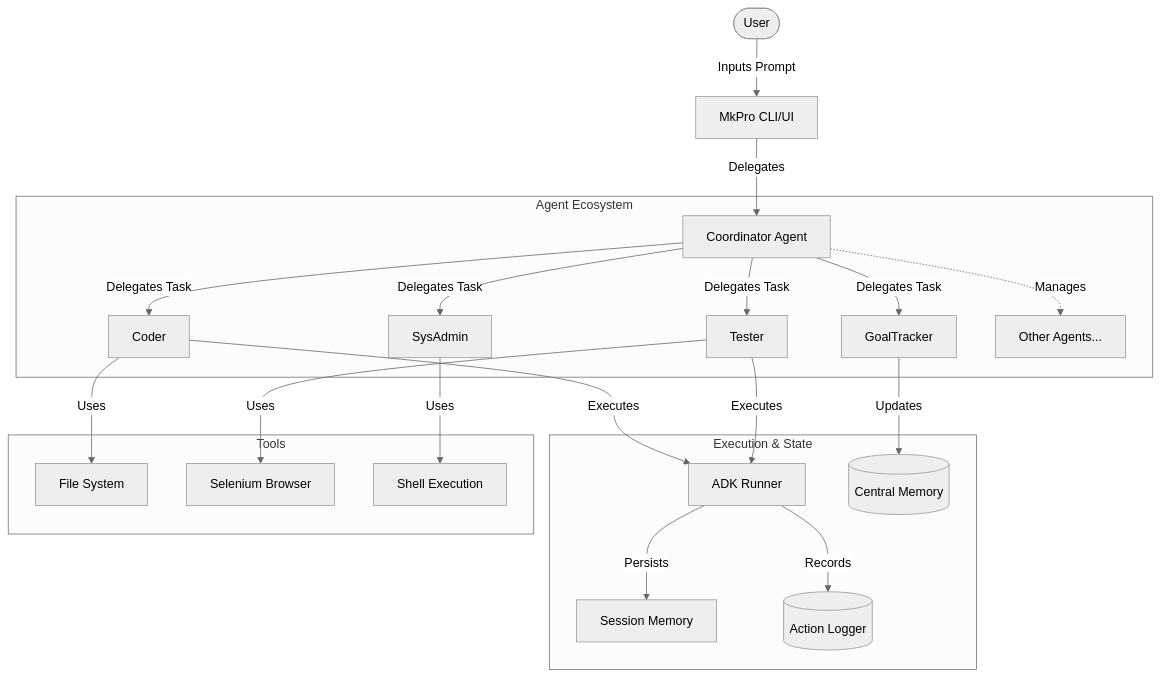
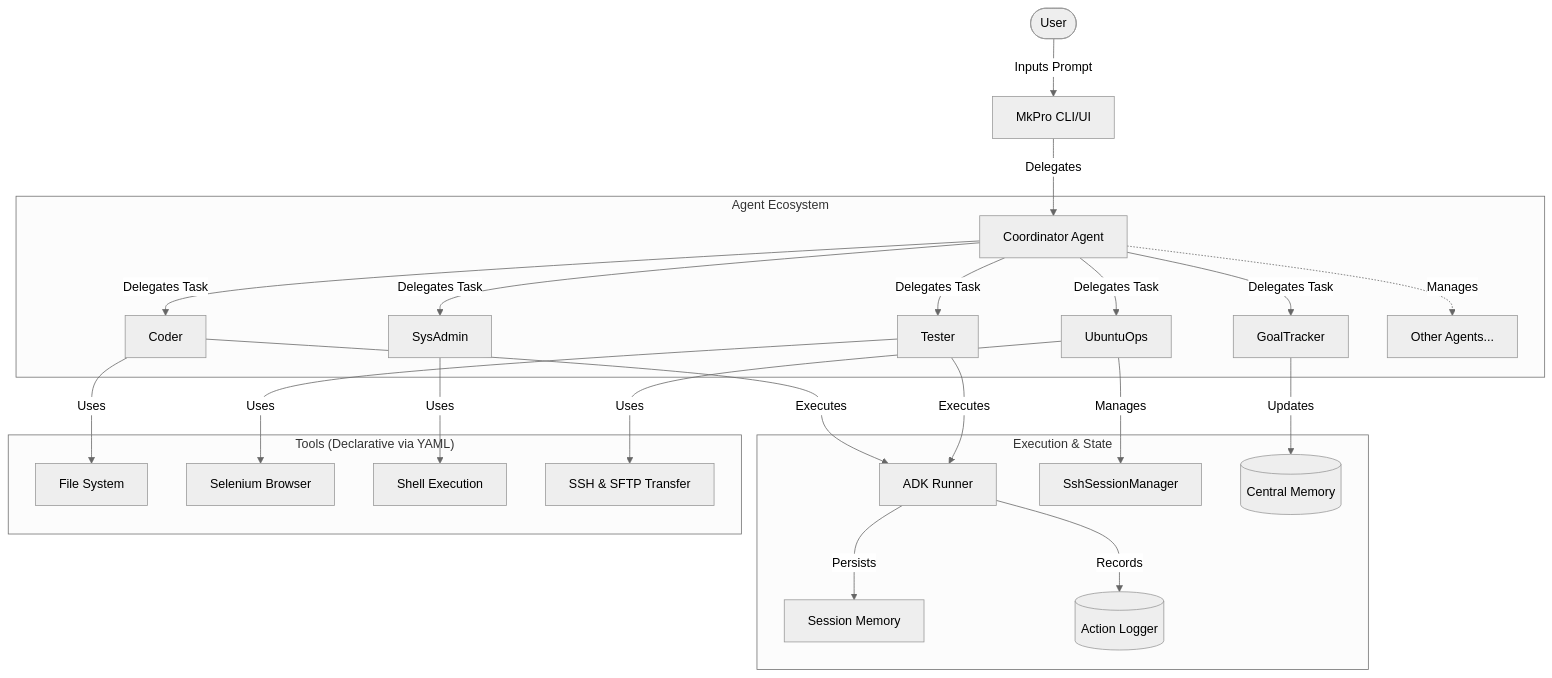
The diagram in README.md (redbus-labs/mkpro), drawn with Mermaid (neutral theme) before and after one commit. The commit also changed other lines of this file and 266 other files, not shown here.

````diff
--- a/README.md
+++ b/README.md
@@ -26,27 +30,30 @@
 ```mermaid
 graph TD
     User([User]) -->|Inputs Prompt| MkPro[MkPro CLI/UI]
     MkPro -->|Delegates| Coordinator[Coordinator Agent]
     
     subgraph "Agent Ecosystem"
         Coordinator -->|Delegates Task| Coder[Coder]
         Coordinator -->|Delegates Task| Tester[Tester]
         Coordinator -->|Delegates Task| SysAdmin[SysAdmin]
+        Coordinator -->|Delegates Task| UbuntuOps[UbuntuOps]
         Coordinator -->|Delegates Task| GoalTracker[GoalTracker]
         Coordinator -.->|Manages| Others[Other Agents...]
     end
 
     subgraph "Execution & State"
         Coder -->|Executes| Runner[ADK Runner]
         Tester -->|Executes| Runner
+        UbuntuOps -->|Manages| SshMgr[SshSessionManager]
         Runner -->|Persists| Session[Session Memory]
         Runner -->|Records| ActionLogger[(Action Logger)]
         GoalTracker -->|Updates| CentralMem[(Central Memory)]
     end
 
-    subgraph "Tools"
+    subgraph "Tools (Declarative via YAML)"
         Coder -->|Uses| FileTools[File System]
         Tester -->|Uses| Selenium[Selenium Browser]
         SysAdmin -->|Uses| Shell[Shell Execution]
+        UbuntuOps -->|Uses| SshTools[SSH & SFTP Transfer]
     end
 ```
````
